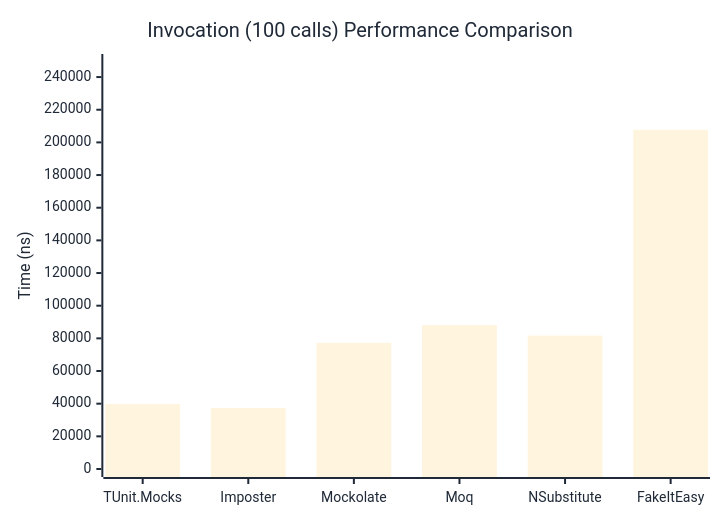
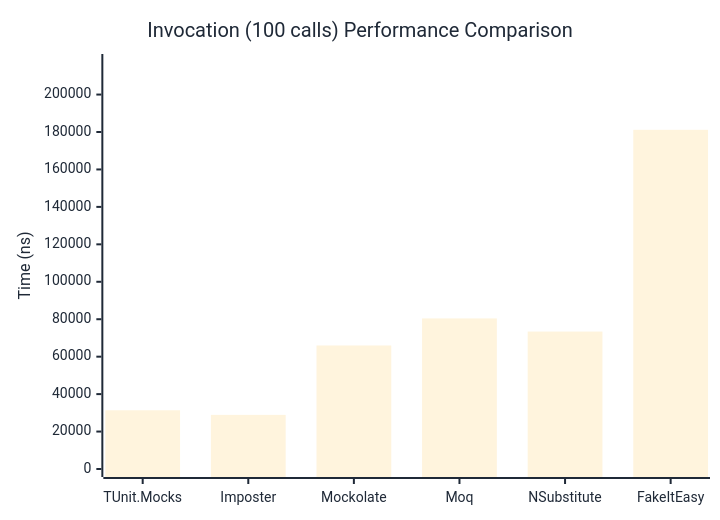
The third of 3 diagrams in docs/docs/benchmarks/mocks/Invocation.md (thomhurst/TUnit), drawn with Mermaid before and after one commit. The commit also changed other lines of this file and 13 other files, not shown here.

````diff
--- a/docs/docs/benchmarks/mocks/Invocation.md
+++ b/docs/docs/benchmarks/mocks/Invocation.md
@@ -110,27 +110,27 @@
 ```mermaid
 %%{init: {
   'theme':'base',
   'themeVariables': {
     'primaryColor': '#2563eb',
     'primaryTextColor': '#1f2937',
     'primaryBorderColor': '#1e40af',
     'lineColor': '#6b7280',
     'secondaryColor': '#7c3aed',
     'tertiaryColor': '#dc2626',
     'background': '#ffffff',
     'pie1': '#2563eb',
     'pie2': '#7c3aed',
     'pie3': '#dc2626',
     'pie4': '#f59e0b',
     'pie5': '#10b981',
     'pie6': '#06b6d4',
     'pie7': '#ec4899',
     'pie8': '#6366f1'
   }
 }}%%
 xychart-beta
   title "Invocation (100 calls) Performance Comparison"
   x-axis ["TUnit.Mocks", "Imposter", "Mockolate", "Moq", "NSubstitute", "FakeItEasy"]
-  y-axis "Time (ns)" 0 --> 249227
-  bar [39741.9, 37376.4, 77269.3, 88134.5, 81687.5, 207688.7]
+  y-axis "Time (ns)" 0 --> 217390
+  bar [31365.4, 28902.8, 65972.9, 80423.8, 73410.9, 181158]
 ```
````
